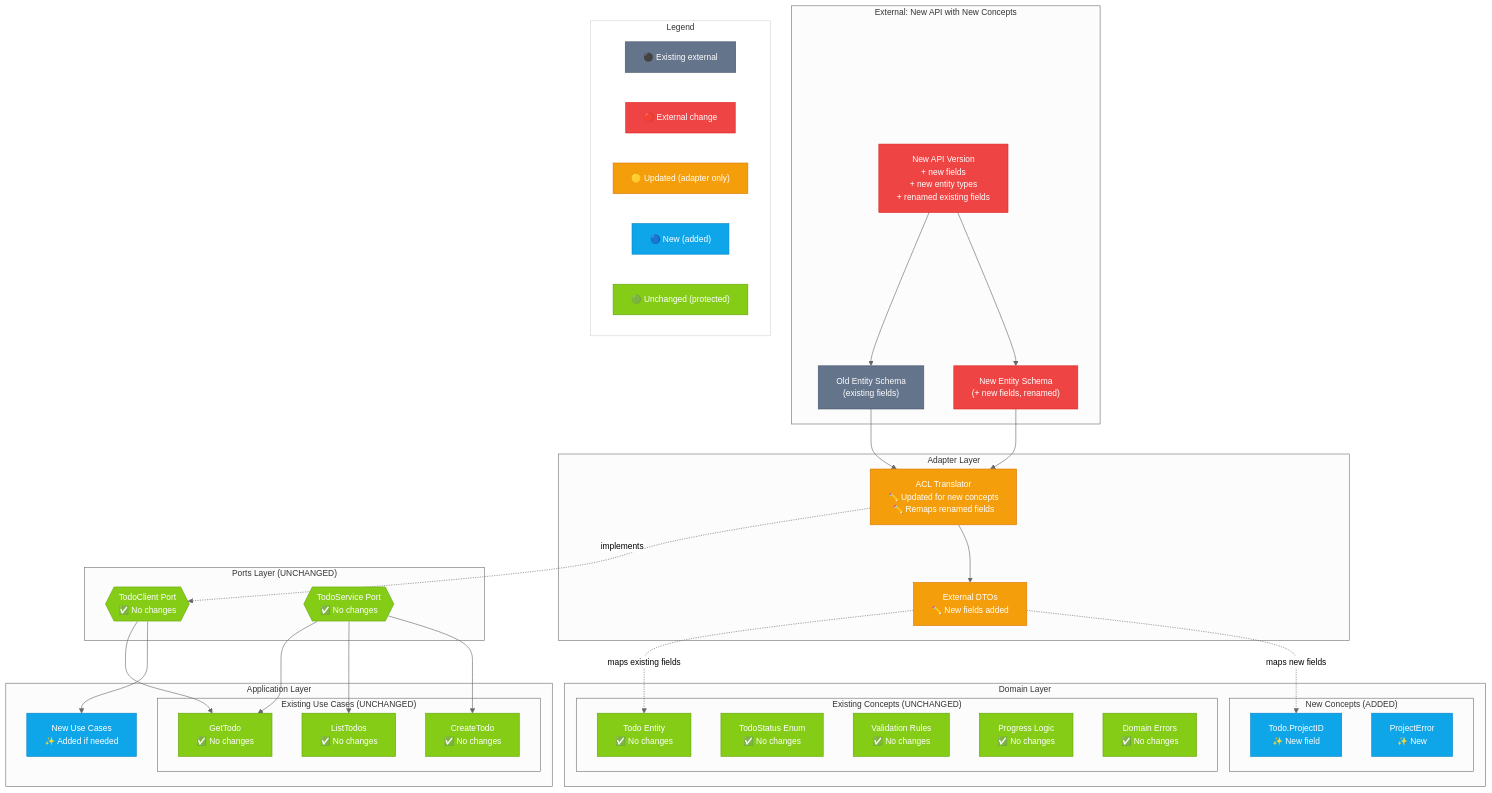
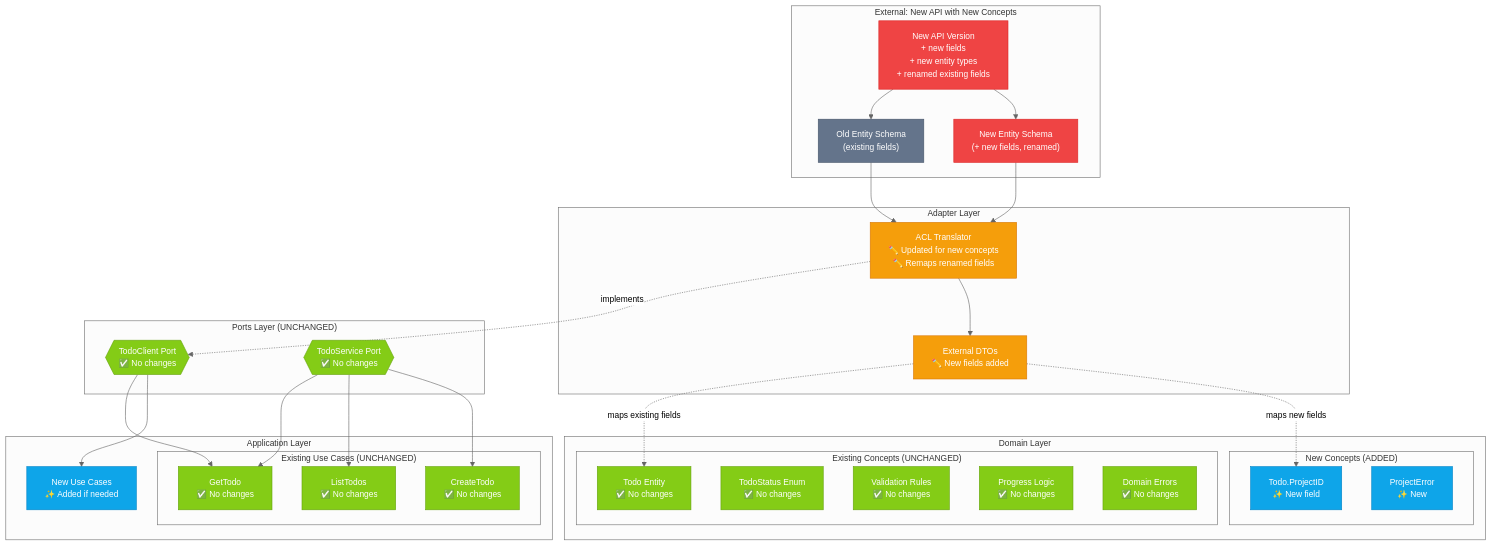
One commit to jsamuelsen11/go-service-template-v2 changed the eighth of 9 diagrams in docs/adr/0001-hexagonal-architecture.md. Above: the diagram before and after it, drawn with Mermaid. The commit also changed other lines of this file, not shown here.

Commit message:
Move Worst Case diagram legend to markdown table format
Replace inline mermaid legend subgraph with a markdown table
below the diagram, matching the format used by all other diagrams.

````diff
--- a/docs/adr/0001-hexagonal-architecture.md
+++ b/docs/adr/0001-hexagonal-architecture.md
@@ -584,18 +584,4 @@
     style CliPort fill:#84cc16,stroke:#65a30d,color:#fff
     style SvcPort fill:#84cc16,stroke:#65a30d,color:#fff
 
-    subgraph legend["Legend"]
-        L0["⚫ Existing external"]
-        L1["🔴 External change"]
-        L2["🟡 Updated (adapter only)"]
-        L3["🔵 New (added)"]
-        L4["🟢 Unchanged (protected)"]
-    end
-
-    style L0 fill:#64748b,stroke:#475569,color:#fff
-    style L1 fill:#ef4444,stroke:#dc2626,color:#fff
-    style L2 fill:#f59e0b,stroke:#d97706,color:#fff
-    style L3 fill:#0ea5e9,stroke:#0284c7,color:#fff
-    style L4 fill:#84cc16,stroke:#65a30d,color:#fff
-    style legend fill:none,stroke:#d1d5db
 ```
````
